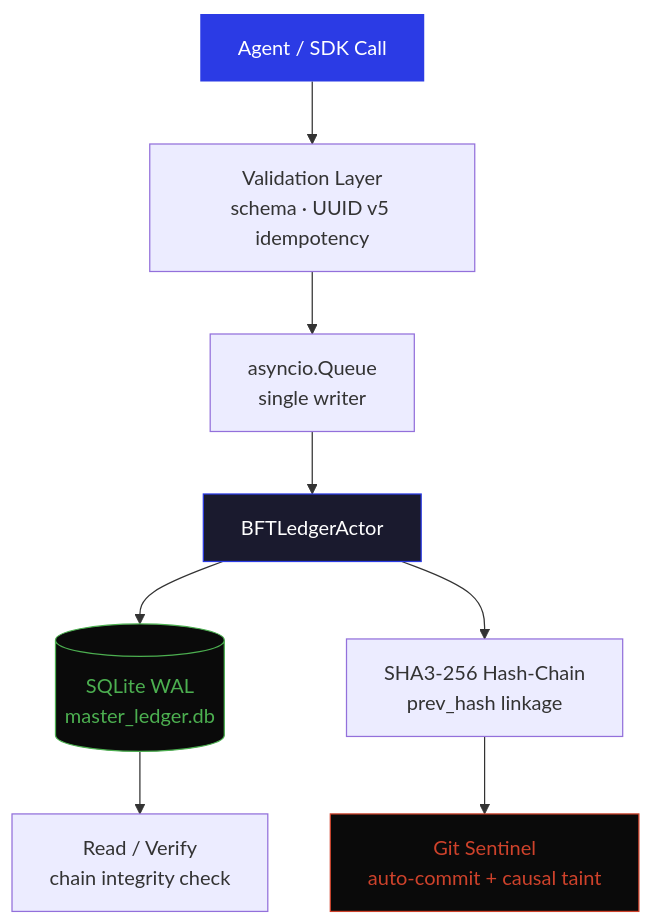
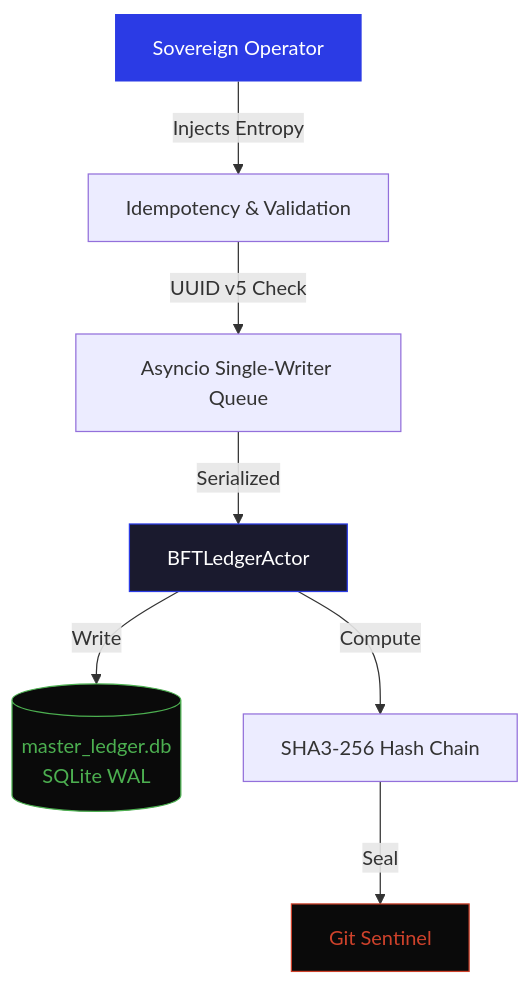
Before and after one commit to borjamoskv/BABYLON-60: the diagram in README.md, drawn with Mermaid. The commit also changed other lines of this file and 1 other file, not shown here.

````diff
--- a/README.md
+++ b/README.md
@@ -162,15 +109,14 @@
 ```mermaid
 flowchart TD
-    A[Agent / SDK Call] --> B[Validation Layer\nschema · UUID v5 idempotency]
-    B --> C[asyncio.Queue\nsingle writer]
-    C --> D[BFTLedgerActor]
-    D --> E[(SQLite WAL\nmaster_ledger.db)]
-    D --> F[SHA3-256 Hash-Chain\nprev_hash linkage]
-    F --> G[Git Sentinel\nauto-commit + causal taint]
-    E --> H[Read / Verify\nchain integrity check]
-
+    A[Sovereign Operator] -->|Injects Entropy| B[Idempotency & Validation]
+    B -->|UUID v5 Check| C[Asyncio Single-Writer Queue]
+    C -->|Serialized| D[BFTLedgerActor]
+    D -->|Write| E[(master_ledger.db\nSQLite WAL)]
+    D -->|Compute| F[SHA3-256 Hash Chain]
+    F -->|Seal| G[Git Sentinel]
+    
     style A fill:#2B3BE5,color:#fff,stroke:none
     style D fill:#1a1a2e,color:#fff,stroke:#2B3BE5
     style E fill:#0A0A0A,color:#4CAF50,stroke:#4CAF50
     style G fill:#0A0A0A,color:#CE422B,stroke:#CE422B
 ```
````
